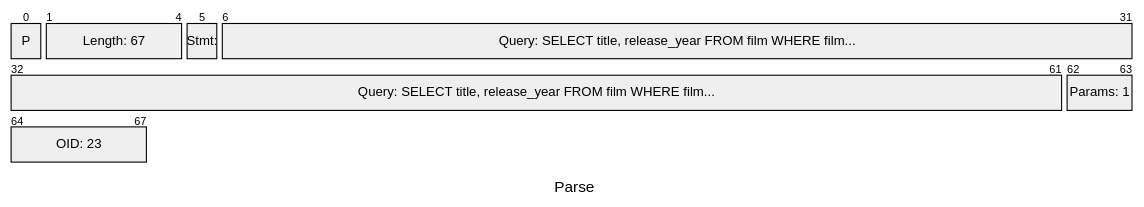
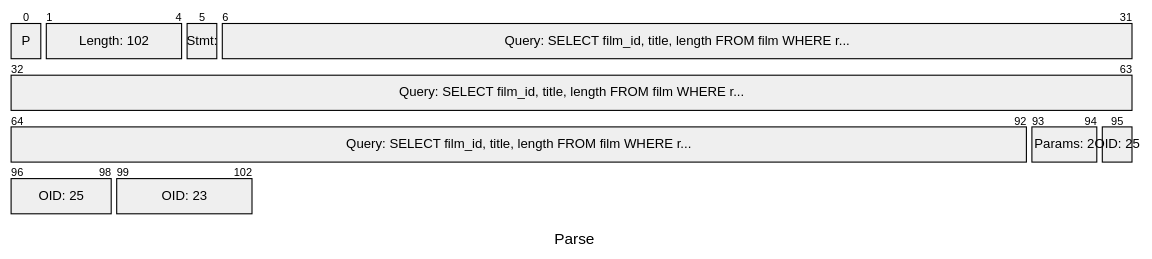
One commit to xfischer/pg_protoexport changed the first of 11 diagrams in docs/examples/exports/pagila-04-extended-query-unnamed-statement/capture.mermaid.pkt.md. Above: the diagram before and after it, drawn with Mermaid. The commit also changed other lines of this file and 135 other files, not shown here.

````diff
--- a/docs/examples/exports/pagila-04-extended-query-unnamed-statement/capture.mermaid.pkt.md
+++ b/docs/examples/exports/pagila-04-extended-query-unnamed-statement/capture.mermaid.pkt.md
@@ -4,15 +4,16 @@
 ```mermaid
 ---
 title: "Parse"
 config:
   packet:
     bitsPerRow: 32
 ---
 packet
     +1: "P"
-    +4: "Length: 67"
+    +4: "Length: 102"
     +1: "Stmt: "
-    +56: "Query: SELECT title, release_year FROM film WHERE film..."
-    +2: "Params: 1"
+    +87: "Query: SELECT film_id, title, length FROM film WHERE r..."
+    +2: "Params: 2"
+    +4: "OID: 25"
     +4: "OID: 23"
 ```
````
